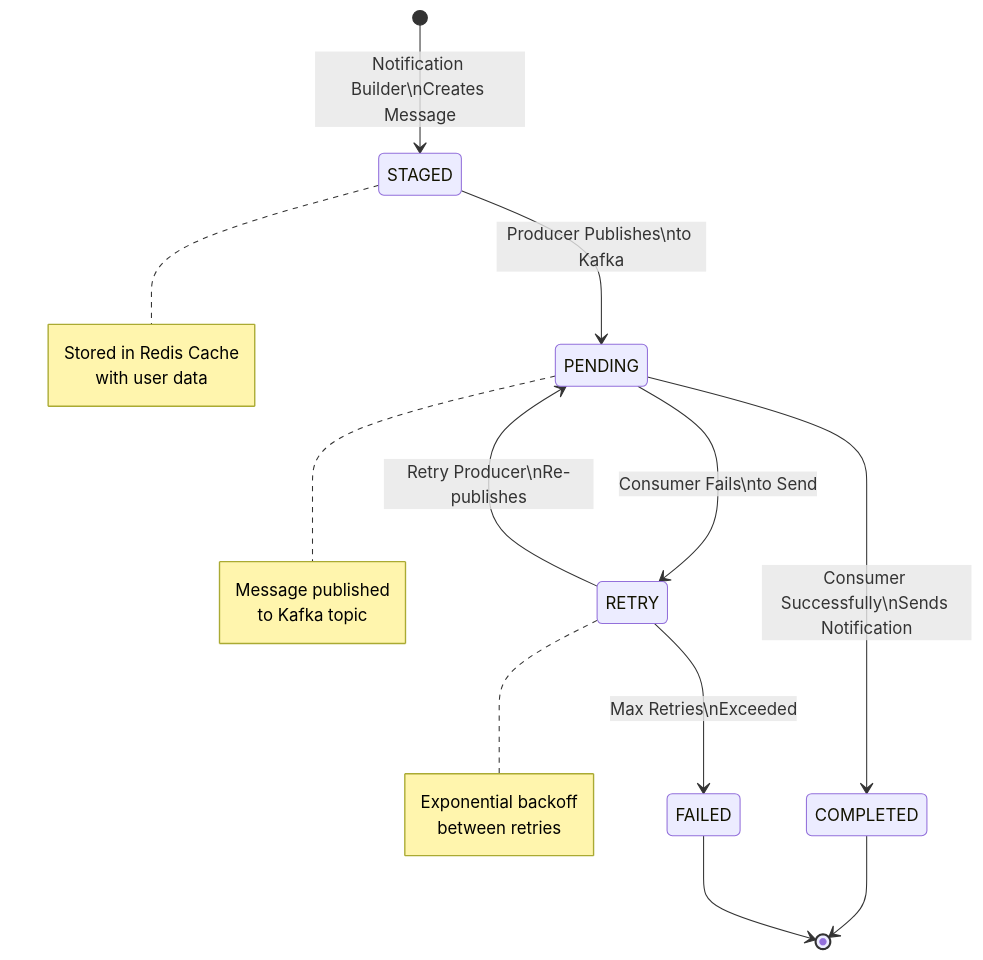
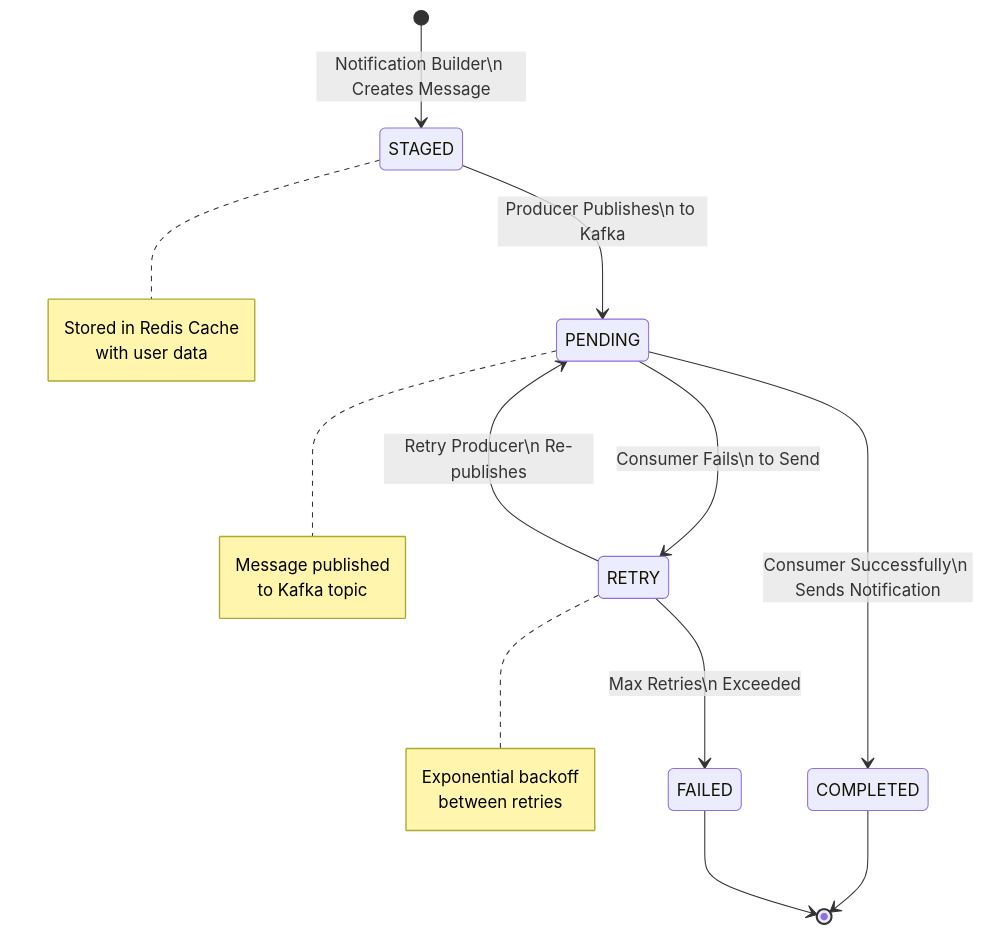
The second of 2 diagrams in README.md (r-firpo/health-notifications-system), drawn with Mermaid before and after one commit.

Commit message:
updated mermain diagrams

````diff
--- a/README.md
+++ b/README.md
@@ -54,26 +54,26 @@
 ```mermaid
 stateDiagram-v2
-    [*] --> STAGED: Notification Builder\nCreates Message
-    STAGED --> PENDING: Producer Publishes\nto Kafka
-    PENDING --> COMPLETED: Consumer Successfully\nSends Notification
-    PENDING --> RETRY: Consumer Fails\nto Send
-    RETRY --> PENDING: Retry Producer\nRe-publishes
-    RETRY --> FAILED: Max Retries\nExceeded
+    [*] --> STAGED: Notification Builder\n Creates Message
+    STAGED --> PENDING: Producer Publishes\n to Kafka
+    PENDING --> COMPLETED: Consumer Successfully\n Sends Notification
+    PENDING --> RETRY: Consumer Fails\n to Send
+    RETRY --> PENDING: Retry Producer\n Re-publishes
+    RETRY --> FAILED: Max Retries\n Exceeded
     COMPLETED --> [*]
     FAILED --> [*]
 
     note right of STAGED
         Stored in Redis Cache
         with user data
     end note
 
     note right of PENDING
         Message published
         to Kafka topic
     end note
 
     note right of RETRY
         Exponential backoff
         between retries
     end note
 ```
````
